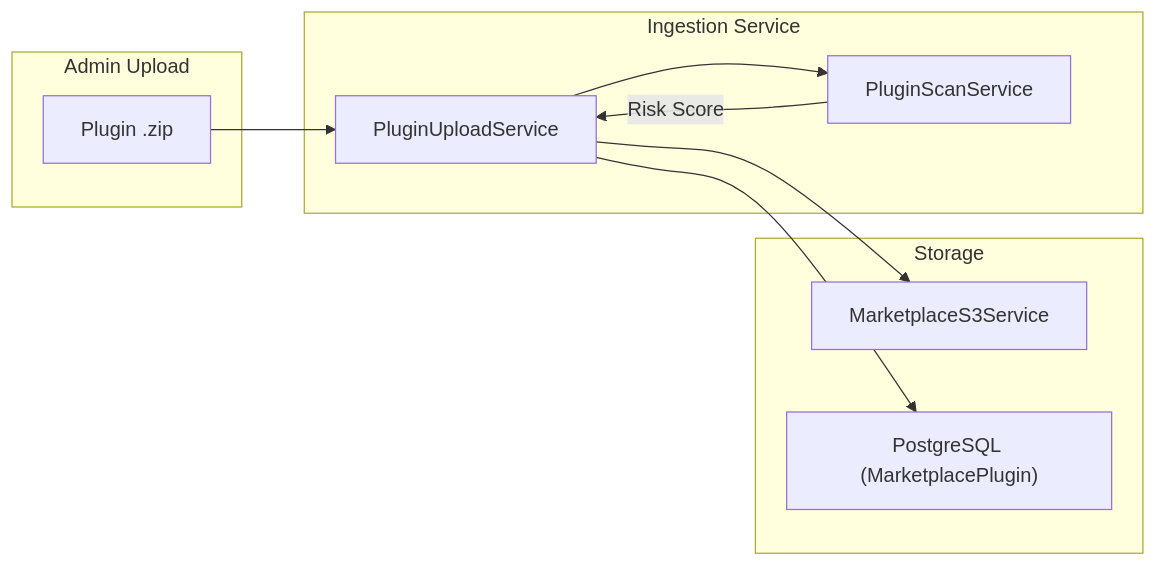
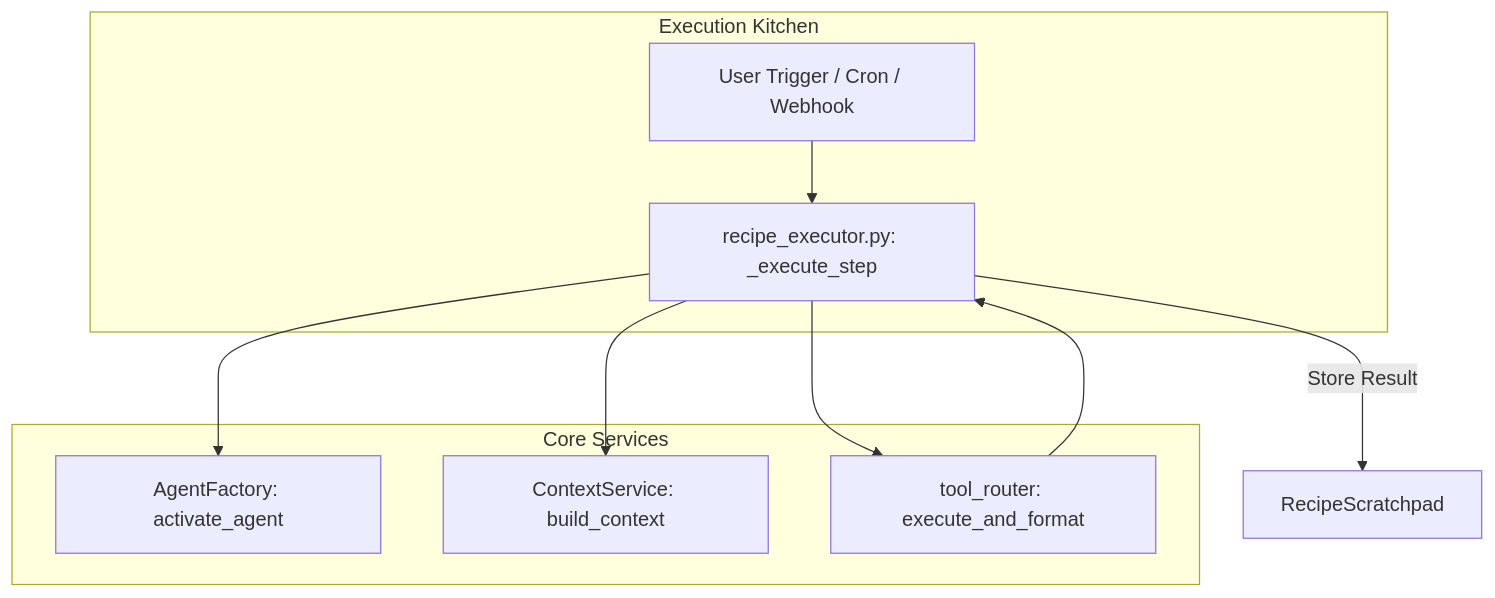
One commit to AutomatosAI/automatos-ai changed the third of 3 diagrams in docs/community-marketplace/marketplace-backend.md. Above: the diagram before and after it, drawn with Mermaid. The commit also changed other lines of this file and 153 other files, not shown here.

````diff
--- a/docs/community-marketplace/marketplace-backend.md
+++ b/docs/community-marketplace/marketplace-backend.md
@@ -158,20 +136,20 @@
 ```mermaid
-graph LR
-    subgraph "Admin Upload"
-        Zip["Plugin .zip"]
-    end
-    subgraph "Ingestion Service"
-        UplSvc["PluginUploadService"]
-        ScanSvc["PluginScanService"]
-    end
-    subgraph "Storage"
-        S3["MarketplaceS3Service"]
-        DB["PostgreSQL (MarketplacePlugin)"]
+graph TD
+    subgraph "ExecutionKitchen" ["Execution Kitchen"]
+        Trigger["User Trigger / Cron / Webhook"]
+        Executor["recipe_executor.py: _execute_step"]
     end
 
-    Zip --> UplSvc
-    UplSvc --> ScanSvc
-    ScanSvc -- "Risk Score" --> UplSvc
-    UplSvc --> S3
-    UplSvc --> DB
+    subgraph "CoreServices" ["Core Services"]
+        Factory["AgentFactory: activate_agent"]
+        CtxSvc["ContextService: build_context"]
+        ToolRouter["tool_router: execute_and_format"]
+    end
+
+    Trigger --> Executor
+    Executor --> Factory
+    Executor --> CtxSvc
+    Executor --> ToolRouter
+    ToolRouter --> Executor
+    Executor -->|Store Result| Scratchpad["RecipeScratchpad"]
 ```
````
